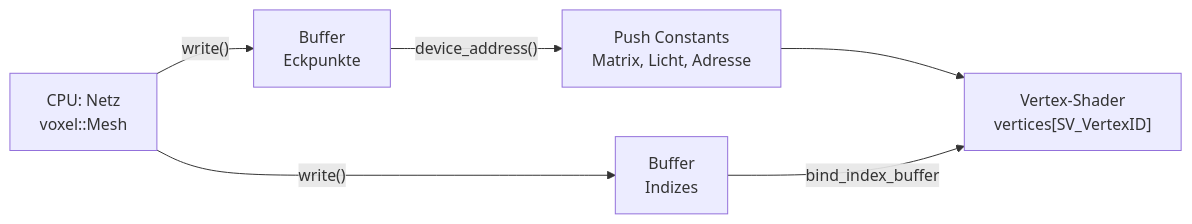
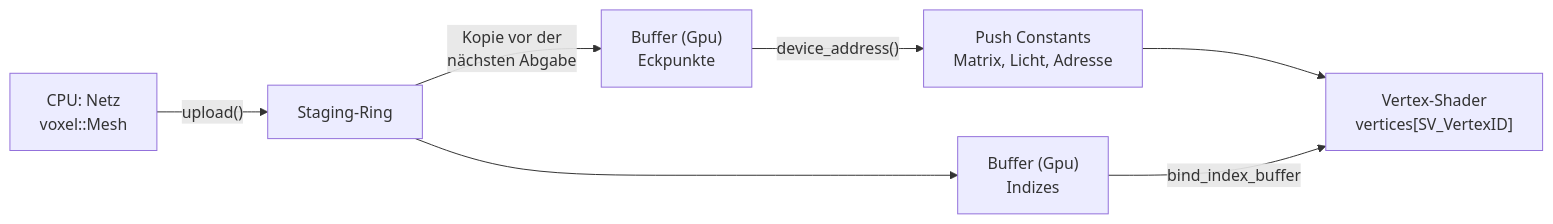
One commit to viiez/ngine changed the fourth of 11 diagrams in docs/architecture.md. Above: the diagram before and after it, drawn with Mermaid. The commit also changed other lines of this file and 44 other files, not shown here.

````diff
--- a/docs/architecture.md
+++ b/docs/architecture.md
@@ -127,8 +131,9 @@
 ```mermaid
 flowchart LR
-    cpu["CPU: Netz<br/>voxel::Mesh"] -->|"write()"| vb["Buffer<br/>Eckpunkte"]
-    cpu -->|"write()"| ib["Buffer<br/>Indizes"]
+    cpu["CPU: Netz<br/>voxel::Mesh"] -->|"upload()"| staging["Staging-Ring"]
+    staging -->|"Kopie vor der<br/>nächsten Abgabe"| vb["Buffer (Gpu)<br/>Eckpunkte"]
+    staging --> ib["Buffer (Gpu)<br/>Indizes"]
     vb -->|"device_address()"| push["Push Constants<br/>Matrix, Licht, Adresse"]
     push --> vs["Vertex-Shader<br/>vertices[SV_VertexID]"]
     ib -->|"bind_index_buffer"| vs
 ```
````
